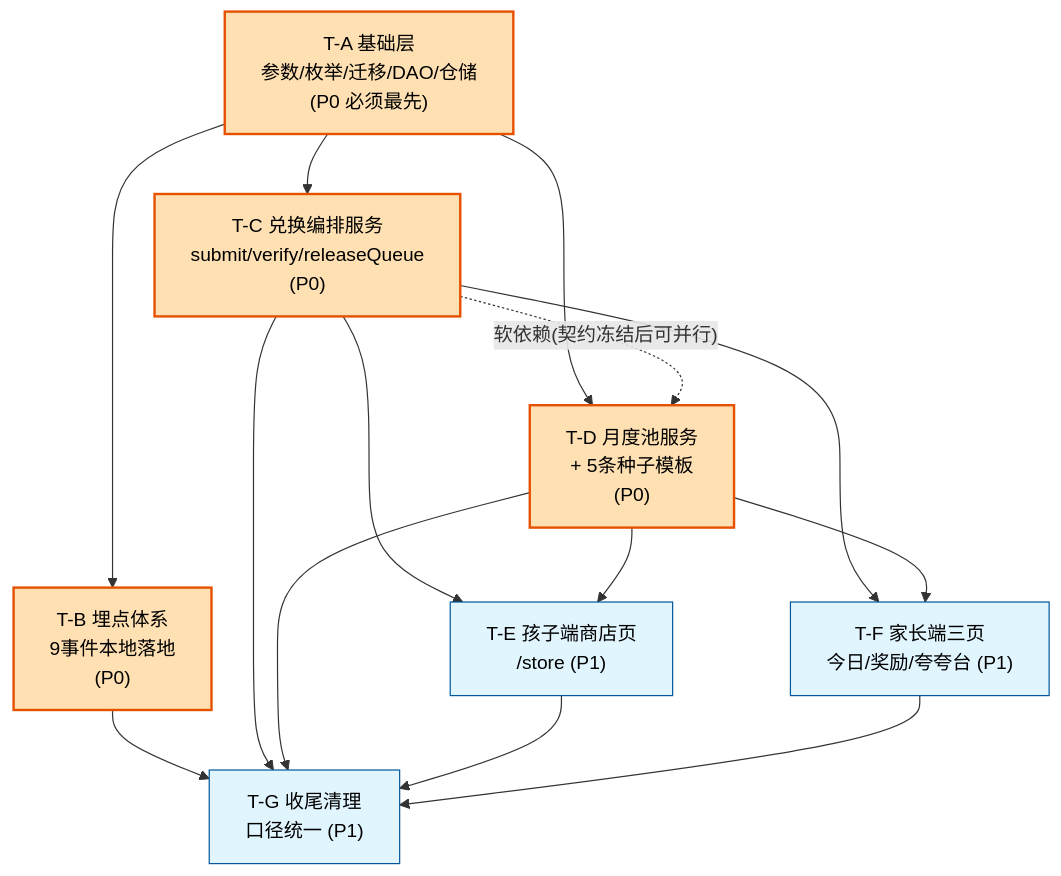
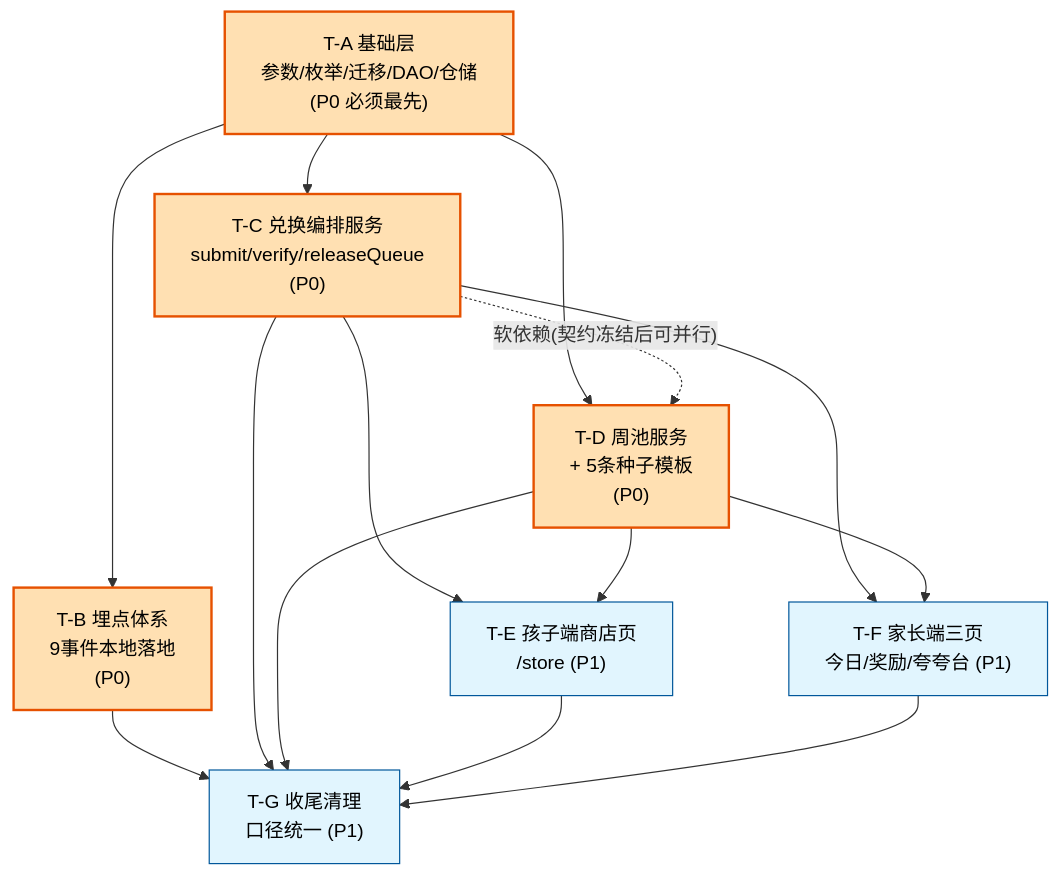
Before and after one commit to tasanshu666/sunflowerTime: the seventh of 7 diagrams in docs/软件设计文档_M2.md, drawn with Mermaid. The commit also changed other lines of this file and 133 other files, not shown here.

````diff
--- a/docs/软件设计文档_M2.md
+++ b/docs/软件设计文档_M2.md
@@ -697,29 +697,29 @@
 ```mermaid
 graph TD
     A["T-A 基础层<br/>参数/枚举/迁移/DAO/仓储<br/>(P0 必须最先)"]
     B["T-B 埋点体系<br/>9事件本地落地<br/>(P0)"]
     C["T-C 兑换编排服务<br/>submit/verify/releaseQueue<br/>(P0)"]
-    D["T-D 月度池服务<br/>+ 5条种子模板<br/>(P0)"]
+    D["T-D 周池服务<br/>+ 5条种子模板<br/>(P0)"]
     E["T-E 孩子端商店页<br/>/store (P1)"]
     F["T-F 家长端三页<br/>今日/奖励/夸夸台 (P1)"]
     G["T-G 收尾清理<br/>口径统一 (P1)"]
 
     A --> B
     A --> C
     A --> D
     C -.软依赖(契约冻结后可并行).-> D
     C --> E
     D --> E
     C --> F
     D --> F
     B --> G
     C --> G
     D --> G
     E --> G
     F --> G
 
     classDef p0 fill:#ffe0b2,stroke:#e65100,stroke-width:2px,color:#000
     classDef p1 fill:#e1f5fe,stroke:#01579b,color:#000
     class A,B,C,D p0
     class E,F,G p1
 ```
````
